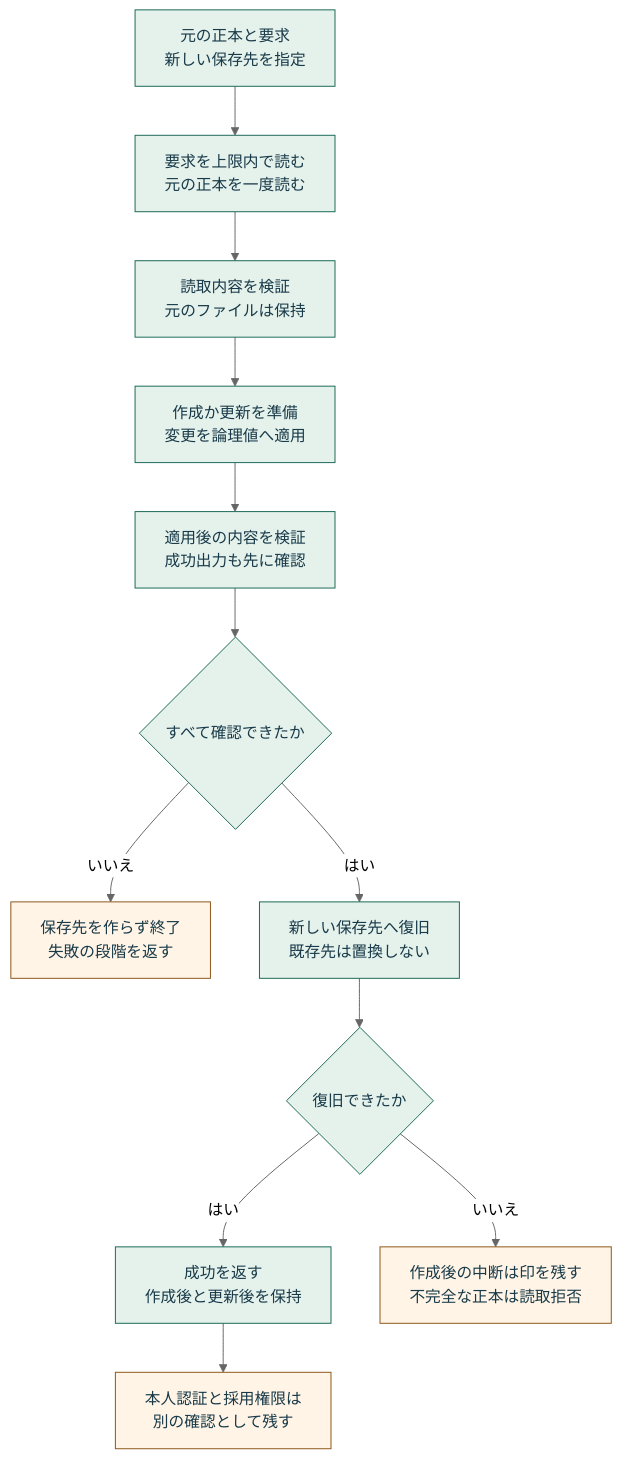
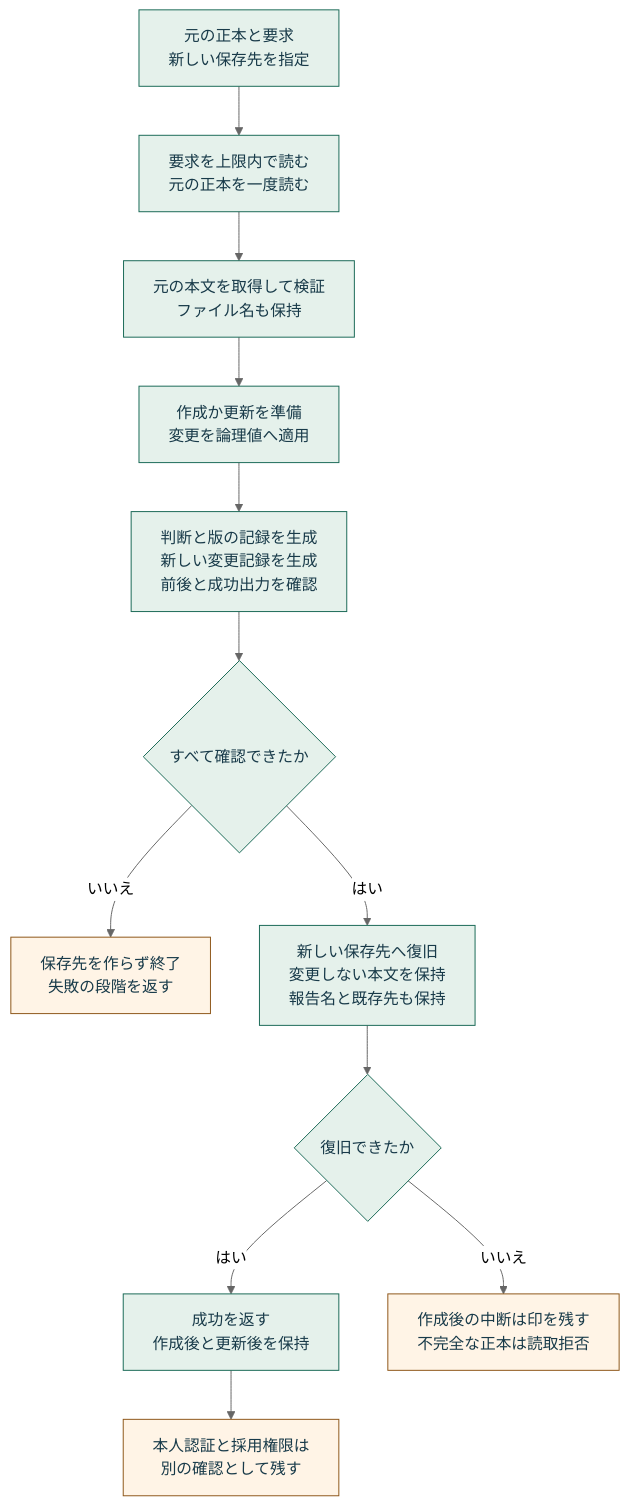
The diagram in docs/diagrams/python-decision-workflow.mmd (koukemo/morivyx), drawn with Mermaid (neutral theme) before and after one commit. The commit also changed 4 other files, not shown here.

```diff
--- a/docs/diagrams/python-decision-workflow.mmd
+++ b/docs/diagrams/python-decision-workflow.mmd
@@ -1,16 +1,16 @@
 flowchart TB
   A["元の正本と要求<br/>新しい保存先を指定"] --> B["要求を上限内で読む<br/>元の正本を一度読む"]
-  B --> C["読取内容を検証<br/>元のファイルは保持"]
+  B --> C["元の本文を取得して検証<br/>ファイル名も保持"]
   C --> D["作成か更新を準備<br/>変更を論理値へ適用"]
-  D --> E["適用後の内容を検証<br/>成功出力も先に確認"]
+  D --> E["判断と版の記録を生成<br/>新しい変更記録を生成<br/>前後と成功出力を確認"]
   E --> F{"すべて確認できたか"}
   F -->|いいえ| G["保存先を作らず終了<br/>失敗の段階を返す"]
-  F -->|はい| H["新しい保存先へ復旧<br/>既存先は置換しない"]
+  F -->|はい| H["新しい保存先へ復旧<br/>変更しない本文を保持<br/>報告名と既存先も保持"]
   H --> I{"復旧できたか"}
   I -->|はい| J["成功を返す<br/>作成後と更新後を保持"]
   I -->|いいえ| K["作成後の中断は印を残す<br/>不完全な正本は読取拒否"]
   J --> L["本人認証と採用権限は<br/>別の確認として残す"]
   classDef action fill:#e5f1eb,stroke:#196956,color:#183a49
   classDef scope fill:#fff4e6,stroke:#8d5618,color:#183a49
   class A,B,C,D,E,F,H,I,J action
   class G,K,L scope
```
